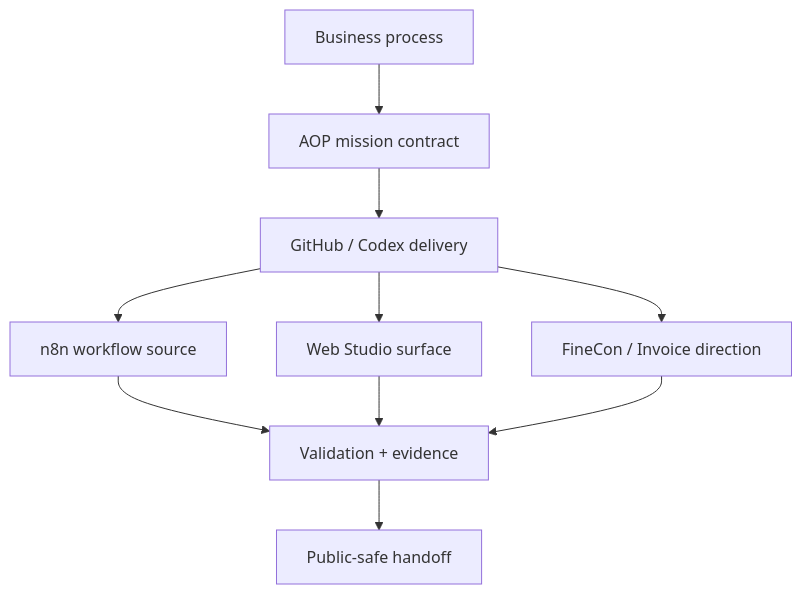
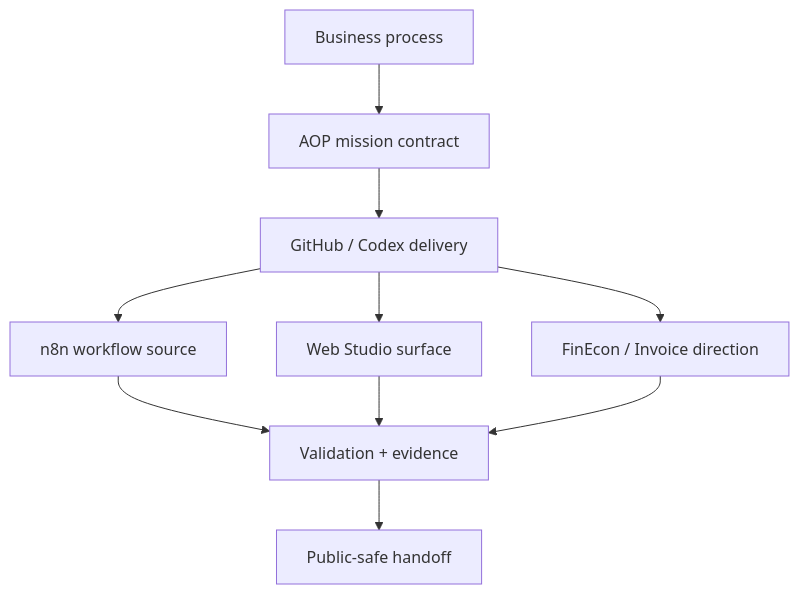
Before and after one commit to Aureus-Automation-Lab/Aureus-Automation-Lab: the first of 2 diagrams in SOLUTION_ARCHITECTURE.md, drawn with Mermaid. The commit also changed other lines of this file and 31 other files, not shown here.

````diff
--- a/SOLUTION_ARCHITECTURE.md
+++ b/SOLUTION_ARCHITECTURE.md
@@ -25,12 +25,12 @@
 ```mermaid
 flowchart TD
     A[Business process] --> B[AOP mission contract]
     B --> C[GitHub / Codex delivery]
     C --> D[n8n workflow source]
     C --> E[Web Studio surface]
-    C --> F[FineCon / Invoice direction]
+    C --> F[FinEcon / Invoice direction]
     D --> G[Validation + evidence]
     E --> G
     F --> G
     G --> H[Public-safe handoff]
 ```
````
